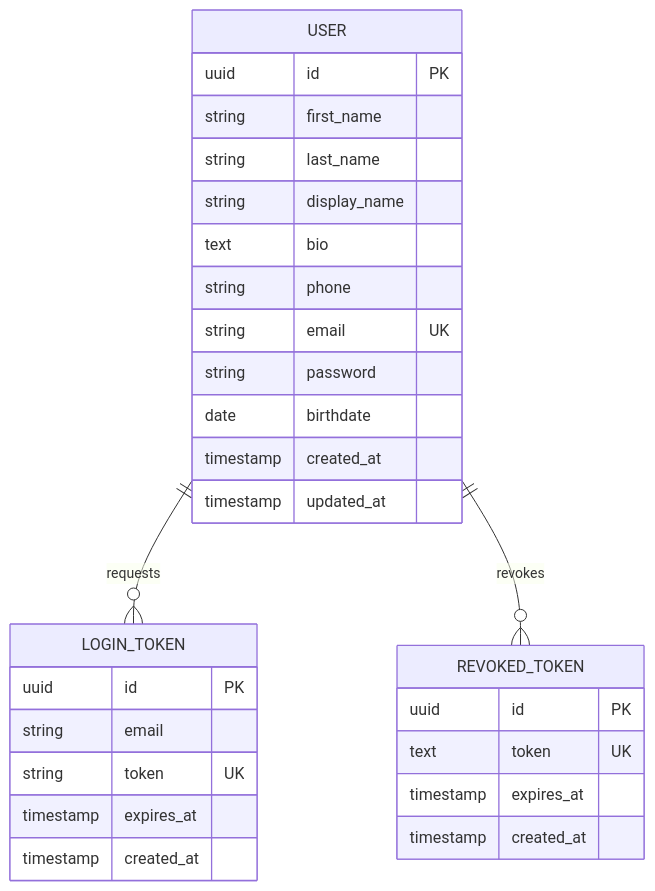
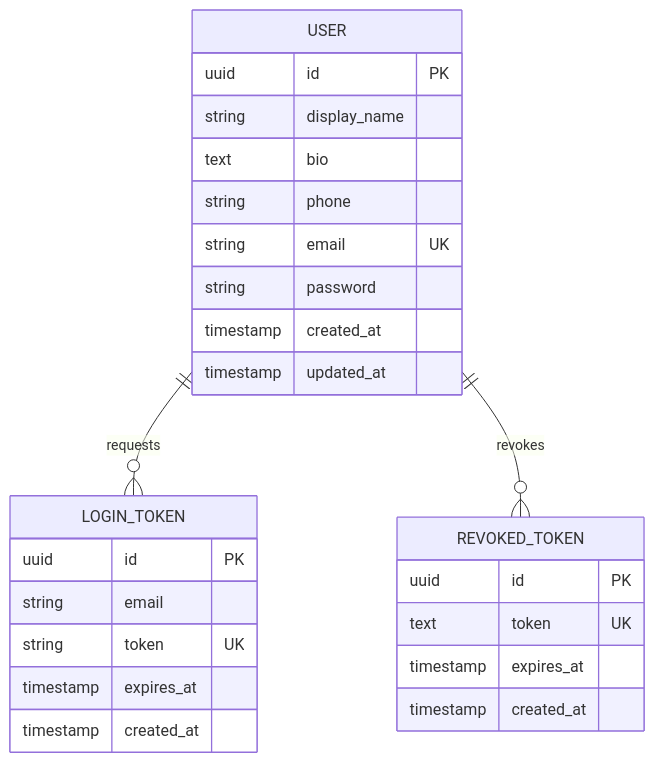
The diagram in database-diagram.mermaid (antoinefricker/u-club), drawn with Mermaid before and after one commit. The commit also changed 11 other files, not shown here.

First line of the commit message:
refactor: remove first_name and last_name fields, keep display_name as required

```diff
--- a/database-diagram.mermaid
+++ b/database-diagram.mermaid
@@ -1,34 +1,31 @@
 erDiagram
     USER {
         uuid id PK
-        string first_name
-        string last_name
         string display_name
         text bio
         string phone
         string email UK
         string password
-        date birthdate
         timestamp created_at
         timestamp updated_at
     }
 
     LOGIN_TOKEN {
         uuid id PK
         string email
         string token UK
         timestamp expires_at
         timestamp created_at
     }
 
     REVOKED_TOKEN {
         uuid id PK
         text token UK
         timestamp expires_at
         timestamp created_at
     }
 
     %% ── Relationships ────────────────────────────────────
 
     USER          ||--o{ LOGIN_TOKEN        : "requests"
     USER          ||--o{ REVOKED_TOKEN      : "revokes"
```
